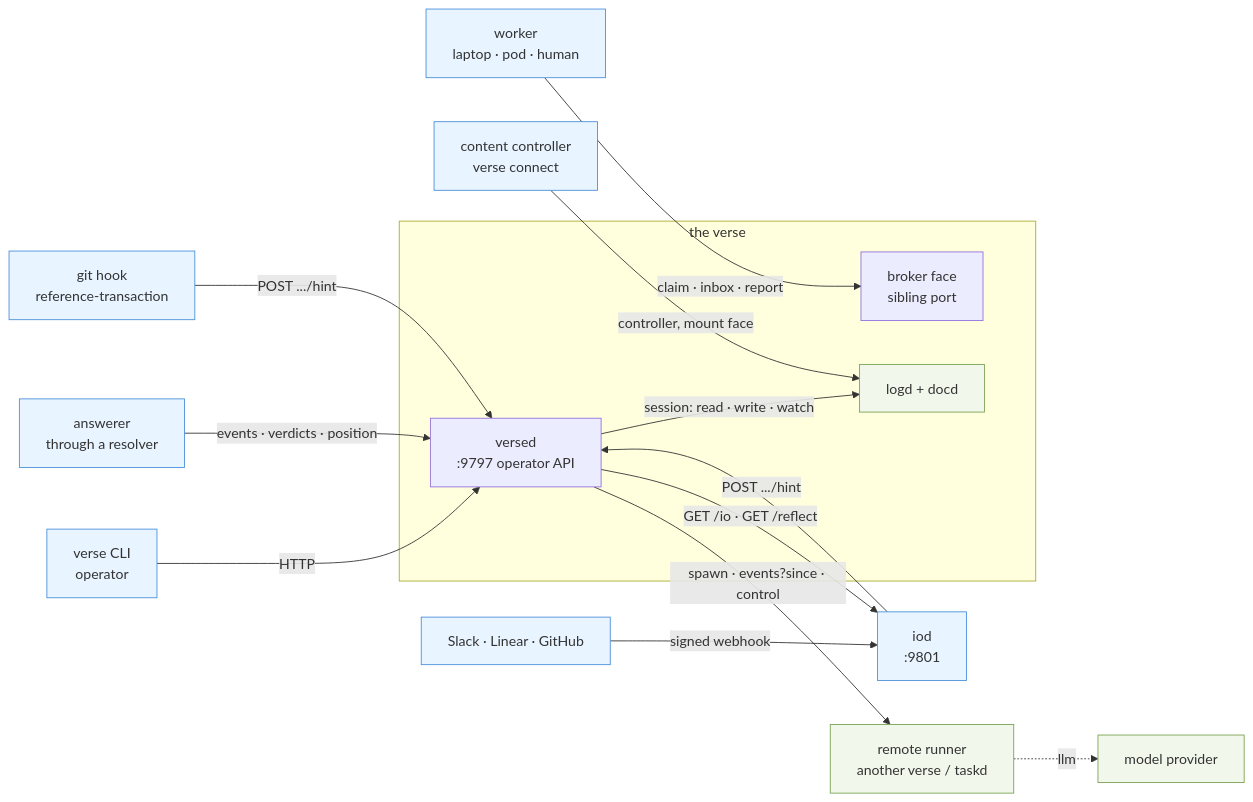
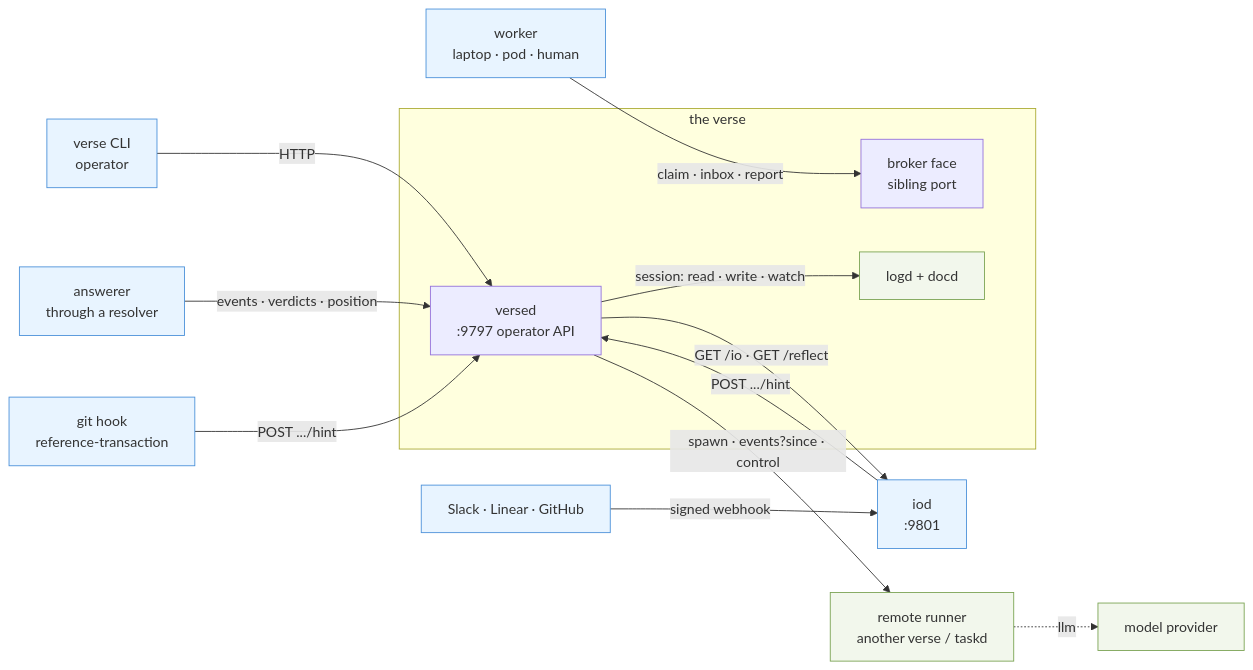
One commit to signadot/viff changed the first of 4 diagrams in docs/seams.md. Above: the diagram before and after it, drawn with Mermaid. The commit also changed other lines of this file and 125 other files, not shown here.

First line of the commit message:
Verse/remove connect (#8)

````diff
--- a/docs/seams.md
+++ b/docs/seams.md
@@ -26,37 +27,35 @@
 ```mermaid
 flowchart LR
   cli["verse CLI<br/>operator"]
   res["answerer<br/>through a resolver"]
   worker["worker<br/>laptop · pod · human"]
   wh["Slack · Linear · GitHub"]
   hook["git hook<br/>reference-transaction"]
 
   subgraph host["the verse"]
     versed["versed<br/>:9797 operator API"]
     bface["broker face<br/>sibling port"]
     docd["logd + docd"]
   end
 
   remote["remote runner<br/>another verse / taskd"]
   src["iod<br/>:9801"]
-  ctl["content controller<br/>verse connect"]
   llm["model provider"]
 
   cli -->|"HTTP"| versed
   res -->|"events · verdicts · position"| versed
   wh -->|"signed webhook"| src
   hook -->|"POST .../hint"| versed
   worker -->|"claim · inbox · report"| bface
 
   versed -->|"session: read · write · watch"| docd
   versed -->|"spawn · events?since · control"| remote
   versed -->|"GET /io · GET /reflect"| src
   src -->|"POST .../hint"| versed
-  ctl -->|"controller, mount face"| docd
   remote -.->|"llm"| llm
 
   classDef dialsIn fill:#e8f4ff,stroke:#4a90d9
   classDef dialsOut fill:#f2f7ec,stroke:#7aa352
-  class cli,res,worker,wh,hook,src,ctl dialsIn
+  class cli,res,worker,wh,hook,src dialsIn
   class remote,llm,docd dialsOut
 ```
````
